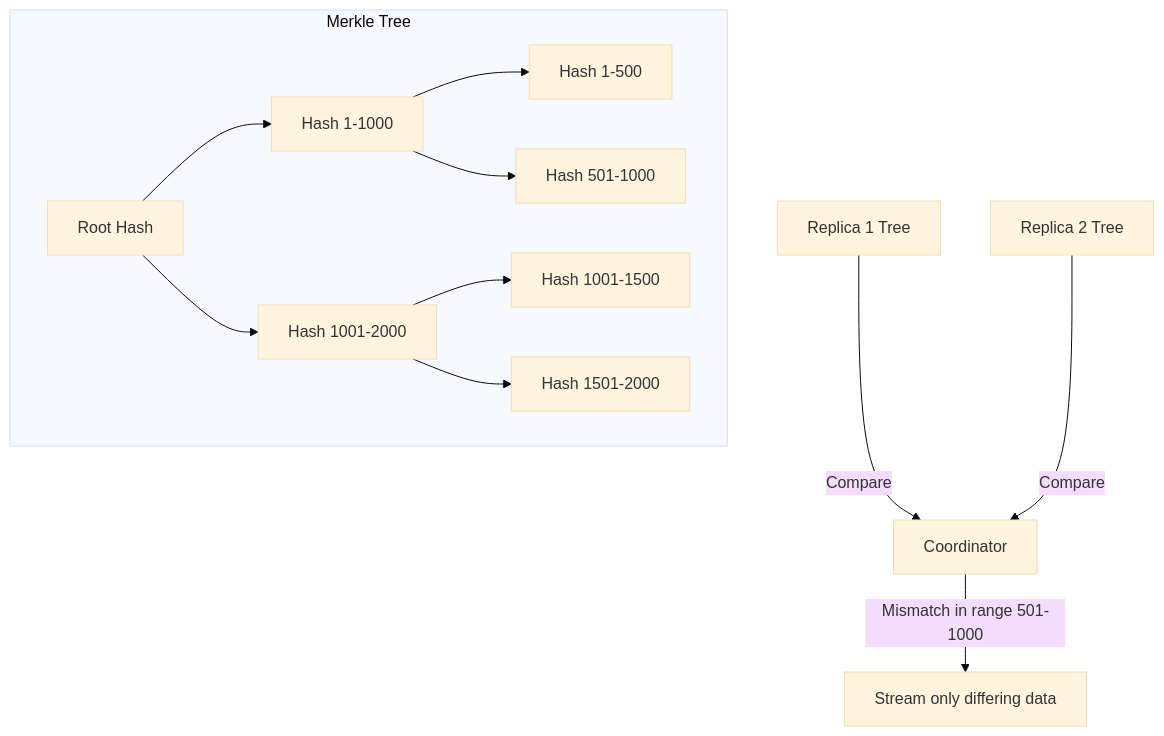
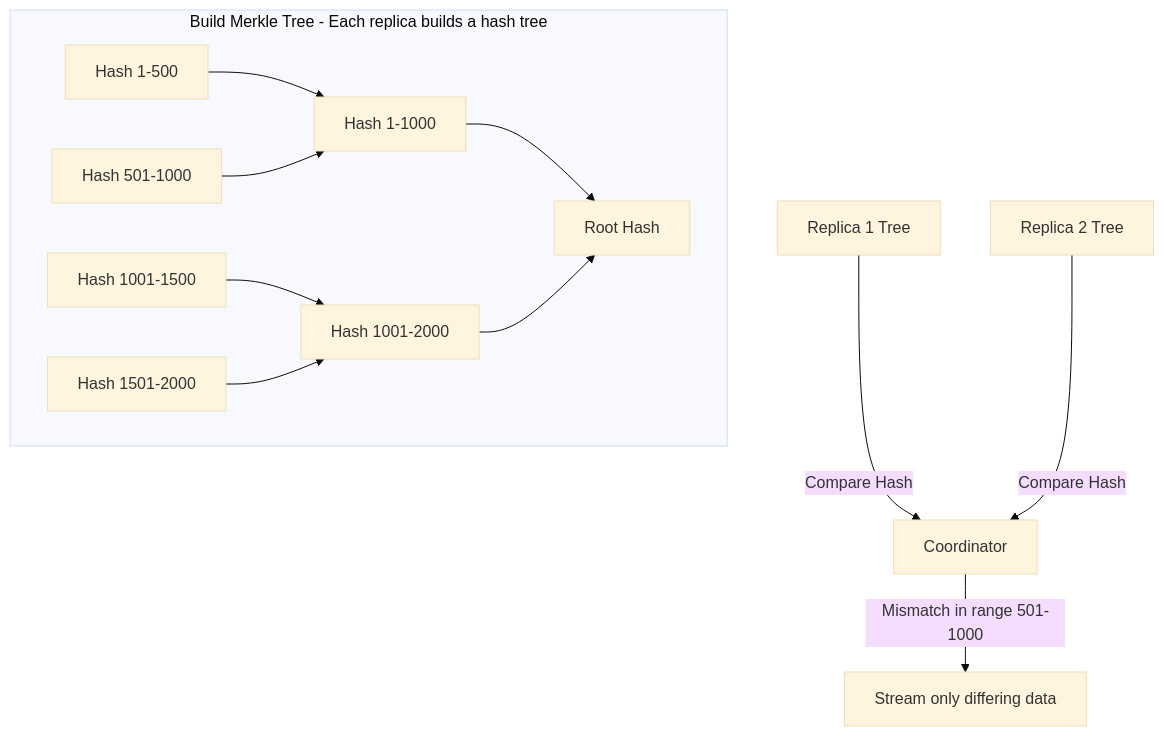
One commit to axonops/documentation changed the second of 2 diagrams in docs/cassandra/architecture/distributed-data/replica-synchronization.md. Above: the diagram before and after it, drawn with Mermaid (base theme). The commit also changed other lines of this file and 54 other files, not shown here.

````diff
--- a/docs/cassandra/architecture/distributed-data/replica-synchronization.md
+++ b/docs/cassandra/architecture/distributed-data/replica-synchronization.md
@@ -293,15 +241,15 @@
 ```mermaid
 flowchart TB
-    subgraph MT["Merkle Tree"]
-        ROOT["Root Hash"] --> H1["Hash 1-1000"]
-        ROOT --> H2["Hash 1001-2000"]
-        H1 --> H1A["Hash 1-500"]
-        H1 --> H1B["Hash 501-1000"]
-        H2 --> H2A["Hash 1001-1500"]
-        H2 --> H2B["Hash 1501-2000"]
+    subgraph MT["Build Merkle Tree - Each replica builds a hash tree"]
+        H1["Hash 1-1000"] --> ROOT["Root Hash"]
+        H2["Hash 1001-2000"] --> ROOT
+        H1A["Hash 1-500"] --> H1
+        H1B["Hash 501-1000"] --> H1
+        H2A["Hash 1001-1500"] --> H2
+        H2B["Hash 1501-2000"] --> H2
     end
 
-    R1["Replica 1 Tree"] -->|"Compare"| COMP["Coordinator"]
-    R2["Replica 2 Tree"] -->|"Compare"| COMP
+    R1["Replica 1 Tree"] -->|"Compare Hash"| COMP["Coordinator"]
+    R2["Replica 2 Tree"] -->|"Compare Hash"| COMP
     COMP -->|"Mismatch in range 501-1000"| STREAM["Stream only differing data"]
 ```
````
